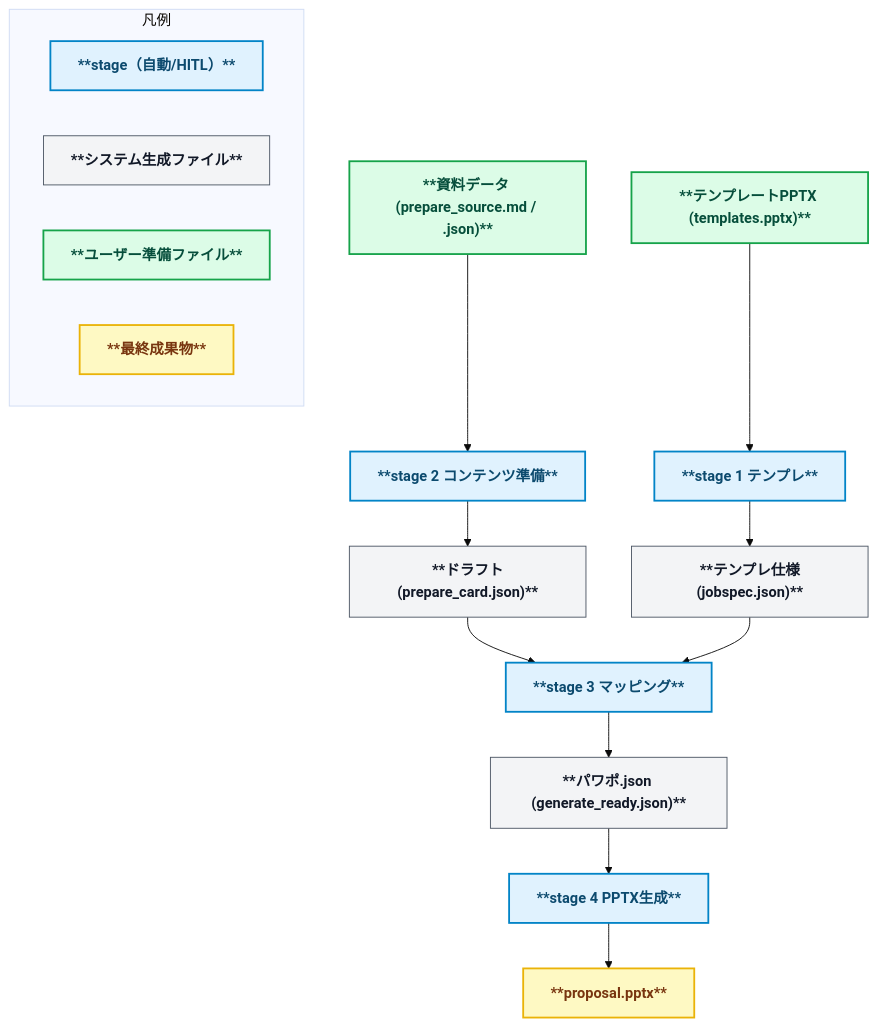
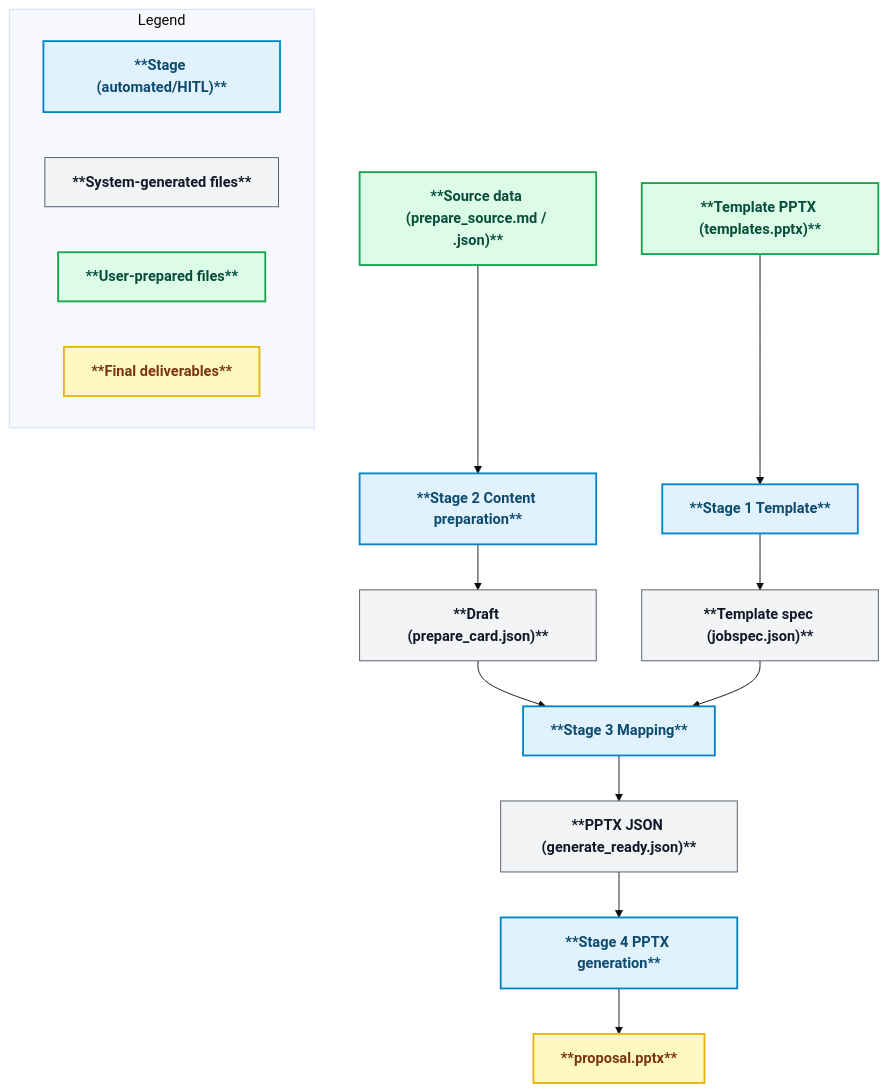
One commit to yurake/pptx_generator changed the first of 2 diagrams in README.en.md. Above: the diagram before and after it, drawn with Mermaid (base theme). The commit also changed other lines of this file and 1 other file, not shown here.

Commit message:
docs(readme): localize mermaid labels

````diff
--- a/README.en.md
+++ b/README.en.md
@@ -55,35 +55,35 @@
 ```mermaid
 flowchart TD
   %% ======= Styles =======
   classDef stage fill:#e0f2fe,stroke:#0284c7,stroke-width:2px,color:#0c4a6e,font-weight:bold;
   classDef file fill:#f3f4f6,stroke:#4b5563,stroke-width:1px,color:#111827,font-weight:bold;
   classDef userfile fill:#dcfce7,stroke:#16a34a,stroke-width:2px,color:#064e3b,font-weight:bold;
   classDef final fill:#fef9c3,stroke:#eab308,stroke-width:2px,color:#78350f,font-weight:bold;
 
   %% ======= Stage 1 =======
-  Tmpl["**テンプレートPPTX (templates.pptx)**"]:::userfile --> S1["**stage 1 テンプレ**"]:::stage
-  S1 --> Jobspec["**テンプレ仕様(jobspec.json)**"]:::file
+  Tmpl["**Template PPTX (templates.pptx)**"]:::userfile --> S1["**Stage 1 Template**"]:::stage
+  S1 --> Jobspec["**Template spec (jobspec.json)**"]:::file
 
   %% ======= Stage 2 =======
-  Prepare["**資料データ (prepare_source.md / .json)**"]:::userfile --> S2["**stage 2 コンテンツ準備**"]:::stage
-  S2 --> PrepareCards["**ドラフト(prepare_card.json)**"]:::file
+  Prepare["**Source data (prepare_source.md / .json)**"]:::userfile --> S2["**Stage 2 Content preparation**"]:::stage
+  S2 --> PrepareCards["**Draft (prepare_card.json)**"]:::file
   PrepareCards --> S3
 
   %% ======= Stage 3 =======
-  S3["**stage 3 マッピング**"]:::stage
+  S3["**Stage 3 Mapping**"]:::stage
   Jobspec --> S3
-  S3 --> Ready["**パワポ.json (generate_ready.json)**"]:::file
+  S3 --> Ready["**PPTX JSON (generate_ready.json)**"]:::file
 
   %% ======= Stage 4 =======
-  Ready --> S4["**stage 4 PPTX生成**"]:::stage
+  Ready --> S4["**Stage 4 PPTX generation**"]:::stage
   S4 --> PPTX["**proposal.pptx**"]:::final
 
   %% ======= Legend =======
-  subgraph Legend[凡例]
+  subgraph Legend[Legend]
     direction LR
-    A1["**stage（自動/HITL）**"]:::stage
-    A2["**システム生成ファイル**"]:::file
-    A3["**ユーザー準備ファイル**"]:::userfile
-    A4["**最終成果物**"]:::final
+    A1["**Stage (automated/HITL)**"]:::stage
+    A2["**System-generated files**"]:::file
+    A3["**User-prepared files**"]:::userfile
+    A4["**Final deliverables**"]:::final
   end
 ```
````
